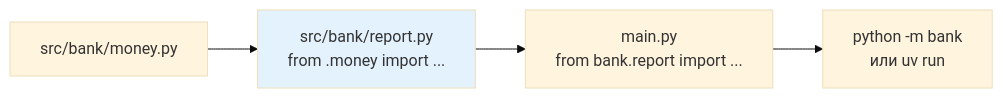
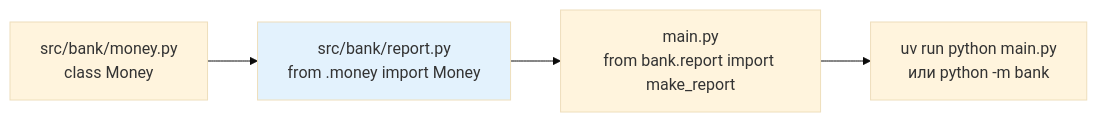
One commit to JayStorm228/College changed the second of 2 diagrams in 02_Курсы/01. Инженерные практики Python/01_Лекции/12. Структура проекта и модули.md. Above: the diagram before and after it, drawn with Mermaid (base theme). The commit also changed other lines of this file and 7 other files, not shown here.

First line of the commit message:
инженерка 09,11-17: перепись разжёвано + диаграммы

````diff
--- a/02_Курсы/01. Инженерные практики Python/01_Лекции/12. Структура проекта и модули.md
+++ b/02_Курсы/01. Инженерные практики Python/01_Лекции/12. Структура проекта и модули.md
@@ -74,7 +64,7 @@
 ```mermaid
 flowchart LR
-  A[src/bank/money.py] --> B[src/bank/report.py<br>from .money import ...]
-  B --> C[main.py<br>from bank.report import ...]
-  C --> D[python -m bank<br>или uv run]
+  A[src/bank/money.py<br>class Money] --> B[src/bank/report.py<br>from .money import Money]
+  B --> C[main.py<br>from bank.report import make_report]
+  C --> D[uv run python main.py<br>или python -m bank]
   style B fill:#e3f2fd
 ```
````
